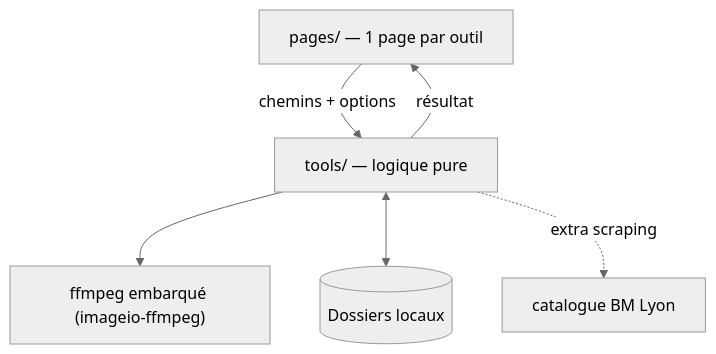
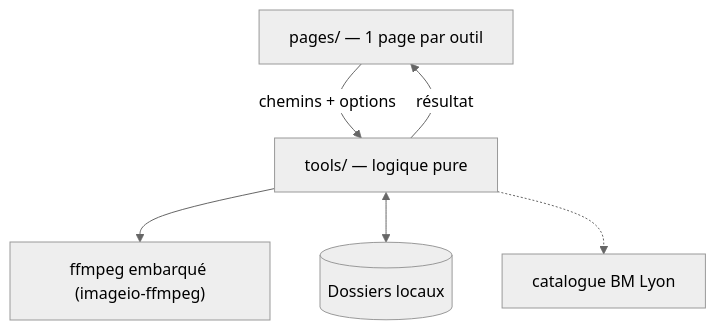
One commit to floSa/outils_maison changed the diagram in README.md. Above: the diagram before and after it, drawn with Mermaid (neutral theme). The commit also changed other lines of this file and 7 other files, not shown here.

````diff
--- a/README.md
+++ b/README.md
@@ -17,8 +17,8 @@
 ```mermaid
 flowchart TD
   p["pages/ — 1 page par outil"] -->|chemins + options| t["tools/ — logique pure"]
   t --> ff["ffmpeg embarqué (imageio-ffmpeg)"]
   t <--> fs[("Dossiers locaux")]
-  t -.->|extra scraping| bm["catalogue BM Lyon"]
+  t -.-> bm["catalogue BM Lyon"]
   t -->|résultat| p
 ```
````
